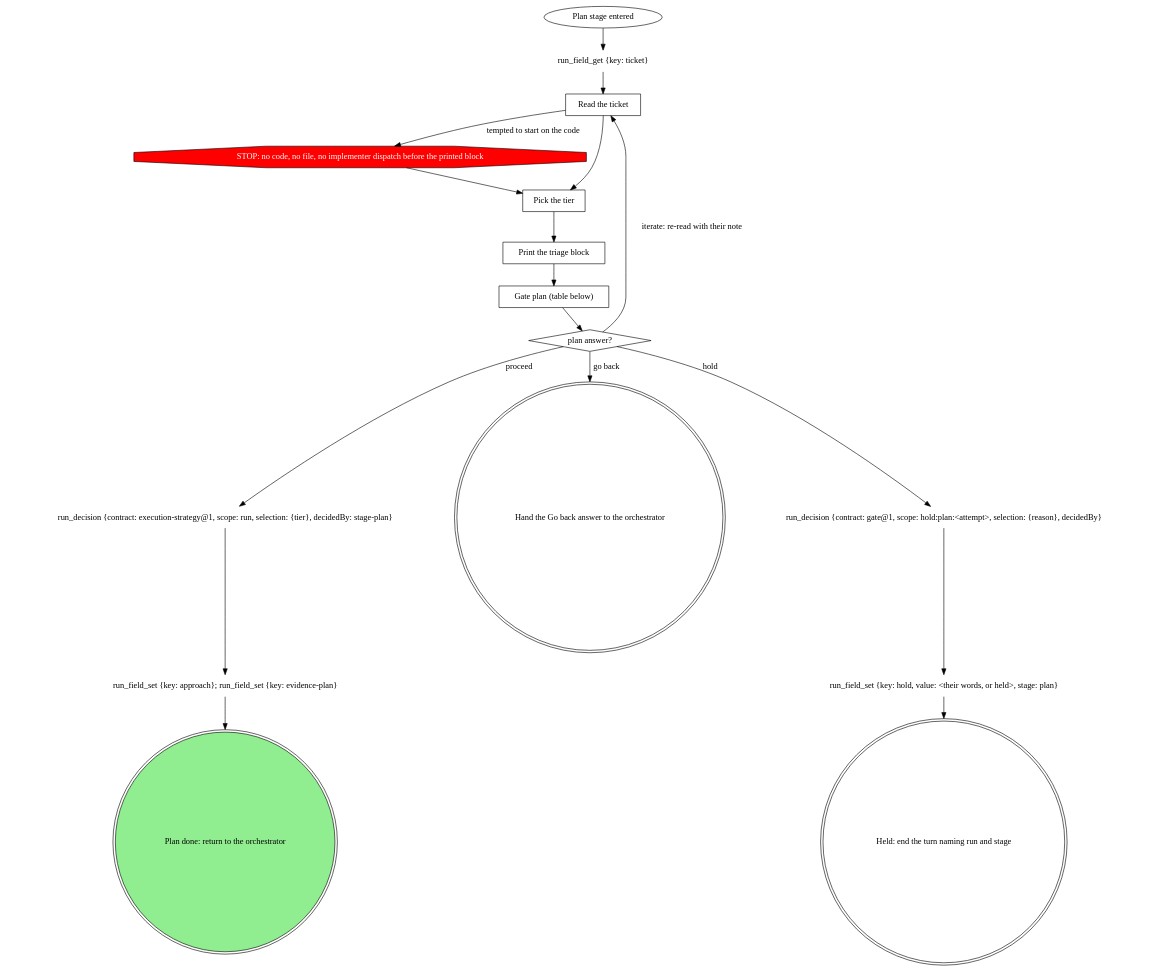
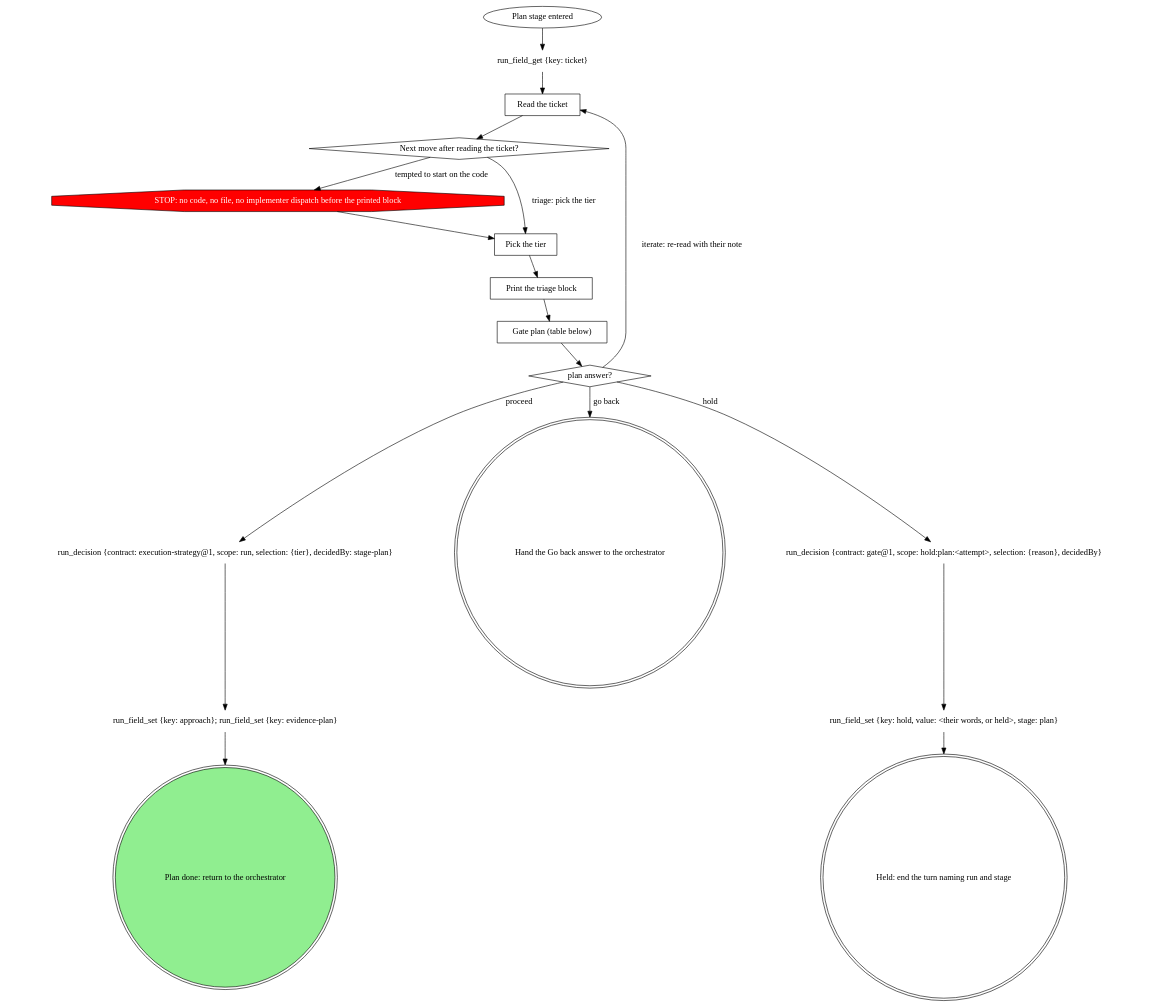
The diagram in plugins/mattstack/attachments/pipeline/stage-plan/SKILL.md (m4ttstack/mattstack), drawn with Graphviz before and after one commit. The commit also changed 2 other files, not shown here.

Commit message:
pipeline: hang gates, implement and plan guard STOPs off decisions

````diff
--- a/plugins/mattstack/attachments/pipeline/stage-plan/SKILL.md
+++ b/plugins/mattstack/attachments/pipeline/stage-plan/SKILL.md
@@ -24,38 +24,40 @@
 ```dot
 digraph plan {
     rankdir=TB;
 
     "Plan stage entered" [shape=ellipse];
     "run_field_get {key: ticket}" [shape=plaintext];
     "Read the ticket" [shape=box];
+    "Next move after reading the ticket?" [shape=diamond];
     "STOP: no code, no file, no implementer dispatch before the printed block" [shape=octagon style=filled fillcolor=red fontcolor=white];
     "Pick the tier" [shape=box];
     "Print the triage block" [shape=box];
     "Gate plan (table below)" [shape=box];
     "plan answer?" [shape=diamond];
     "run_decision {contract: execution-strategy@1, scope: run, selection: {tier}, decidedBy: stage-plan}" [shape=plaintext];
     "run_field_set {key: approach}; run_field_set {key: evidence-plan}" [shape=plaintext];
     "Hand the Go back answer to the orchestrator" [shape=doublecircle];
     "run_decision {contract: gate@1, scope: hold:plan:<attempt>, selection: {reason}, decidedBy}" [shape=plaintext];
     "run_field_set {key: hold, value: <their words, or held>, stage: plan}" [shape=plaintext];
     "Held: end the turn naming run and stage" [shape=doublecircle];
     "Plan done: return to the orchestrator" [shape=doublecircle style=filled fillcolor=lightgreen];
 
     "Plan stage entered" -> "run_field_get {key: ticket}";
     "run_field_get {key: ticket}" -> "Read the ticket";
-    "Read the ticket" -> "Pick the tier";
-    "Read the ticket" -> "STOP: no code, no file, no implementer dispatch before the printed block" [label="tempted to start on the code"];
+    "Read the ticket" -> "Next move after reading the ticket?";
+    "Next move after reading the ticket?" -> "Pick the tier" [label="triage: pick the tier"];
+    "Next move after reading the ticket?" -> "STOP: no code, no file, no implementer dispatch before the printed block" [label="tempted to start on the code"];
     "STOP: no code, no file, no implementer dispatch before the printed block" -> "Pick the tier";
     "Pick the tier" -> "Print the triage block";
     "Print the triage block" -> "Gate plan (table below)";
     "Gate plan (table below)" -> "plan answer?";
     "plan answer?" -> "run_decision {contract: execution-strategy@1, scope: run, selection: {tier}, decidedBy: stage-plan}" [label="proceed"];
     "plan answer?" -> "Read the ticket" [label="iterate: re-read with their note"];
     "plan answer?" -> "Hand the Go back answer to the orchestrator" [label="go back"];
     "plan answer?" -> "run_decision {contract: gate@1, scope: hold:plan:<attempt>, selection: {reason}, decidedBy}" [label="hold"];
     "run_decision {contract: gate@1, scope: hold:plan:<attempt>, selection: {reason}, decidedBy}" -> "run_field_set {key: hold, value: <their words, or held>, stage: plan}";
     "run_field_set {key: hold, value: <their words, or held>, stage: plan}" -> "Held: end the turn naming run and stage";
     "run_decision {contract: execution-strategy@1, scope: run, selection: {tier}, decidedBy: stage-plan}" -> "run_field_set {key: approach}; run_field_set {key: evidence-plan}";
     "run_field_set {key: approach}; run_field_set {key: evidence-plan}" -> "Plan done: return to the orchestrator";
 }
 ```
````
